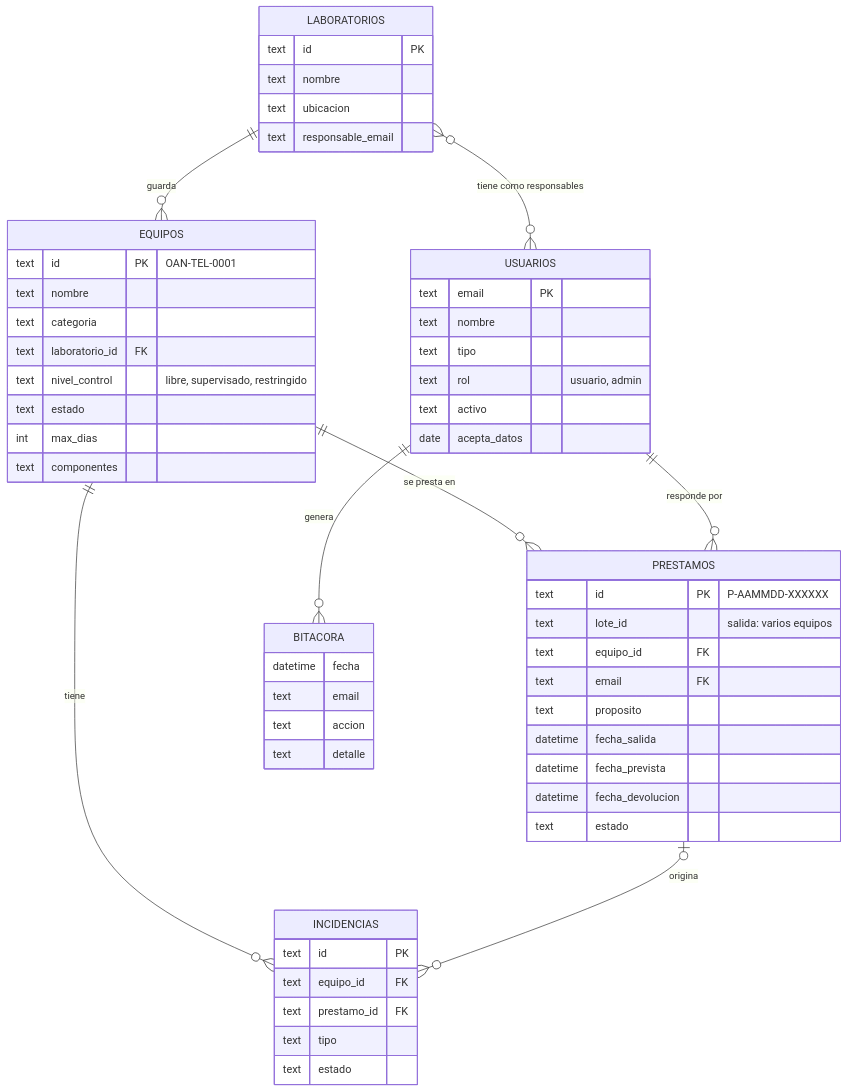
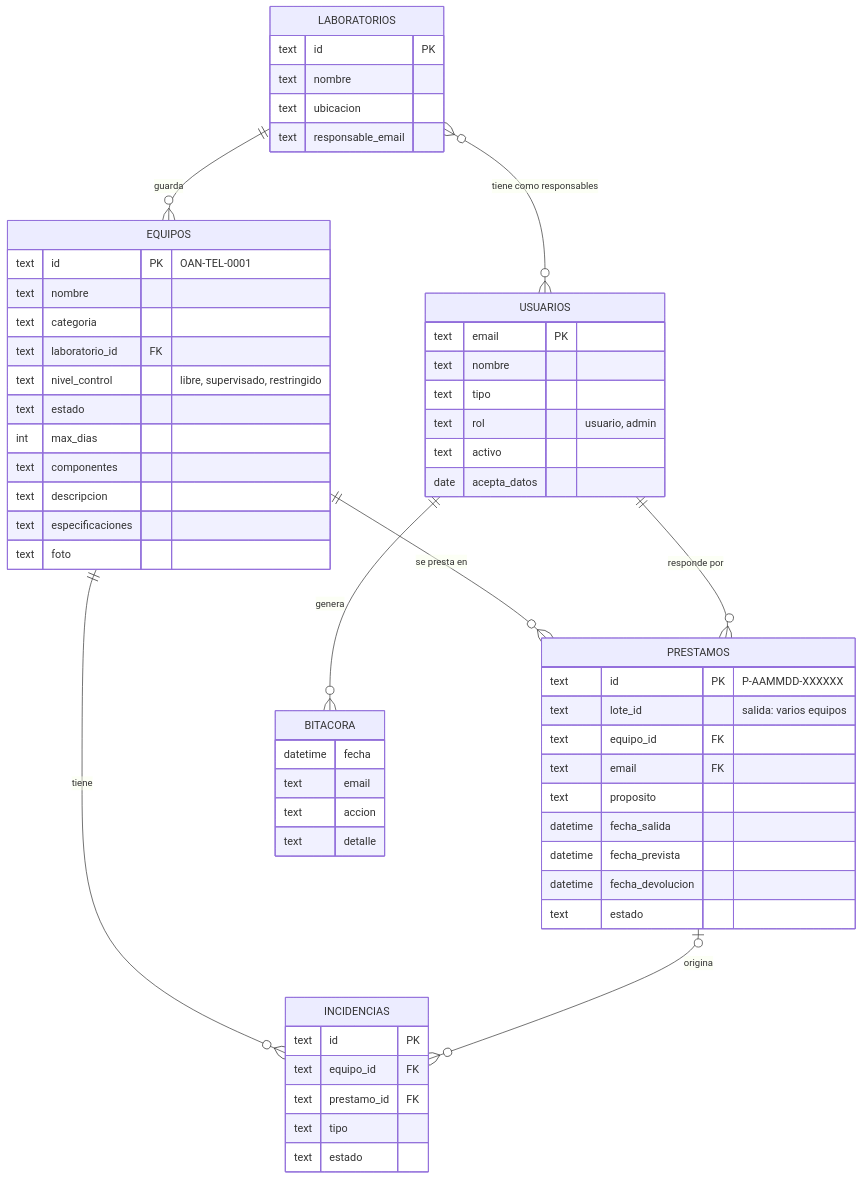
The diagram in docs/05-modelo-de-datos.md (AstronomiaOAN/equipos), drawn with Mermaid before and after one commit. The commit also changed other lines of this file and 17 other files, not shown here.

````diff
--- a/docs/05-modelo-de-datos.md
+++ b/docs/05-modelo-de-datos.md
@@ -5,59 +5,62 @@
 ```mermaid
 erDiagram
     LABORATORIOS ||--o{ EQUIPOS : "guarda"
     LABORATORIOS }o--o{ USUARIOS : "tiene como responsables"
     EQUIPOS ||--o{ PRESTAMOS : "se presta en"
     USUARIOS ||--o{ PRESTAMOS : "responde por"
     EQUIPOS ||--o{ INCIDENCIAS : "tiene"
     PRESTAMOS |o--o{ INCIDENCIAS : "origina"
     USUARIOS ||--o{ BITACORA : "genera"
 
     LABORATORIOS {
         text id PK
         text nombre
         text ubicacion
         text responsable_email
     }
     EQUIPOS {
         text id PK "OAN-TEL-0001"
         text nombre
         text categoria
         text laboratorio_id FK
         text nivel_control "libre, supervisado, restringido"
         text estado
         int max_dias
         text componentes
+        text descripcion
+        text especificaciones
+        text foto
     }
     USUARIOS {
         text email PK
         text nombre
         text tipo
         text rol "usuario, admin"
         text activo
         date acepta_datos
     }
     PRESTAMOS {
         text id PK "P-AAMMDD-XXXXXX"
         text lote_id "salida: varios equipos"
         text equipo_id FK
         text email FK
         text proposito
         datetime fecha_salida
         datetime fecha_prevista
         datetime fecha_devolucion
         text estado
     }
     INCIDENCIAS {
         text id PK
         text equipo_id FK
         text prestamo_id FK
         text tipo
         text estado
     }
     BITACORA {
         datetime fecha
         text email
         text accion
         text detalle
     }
 ```
````
